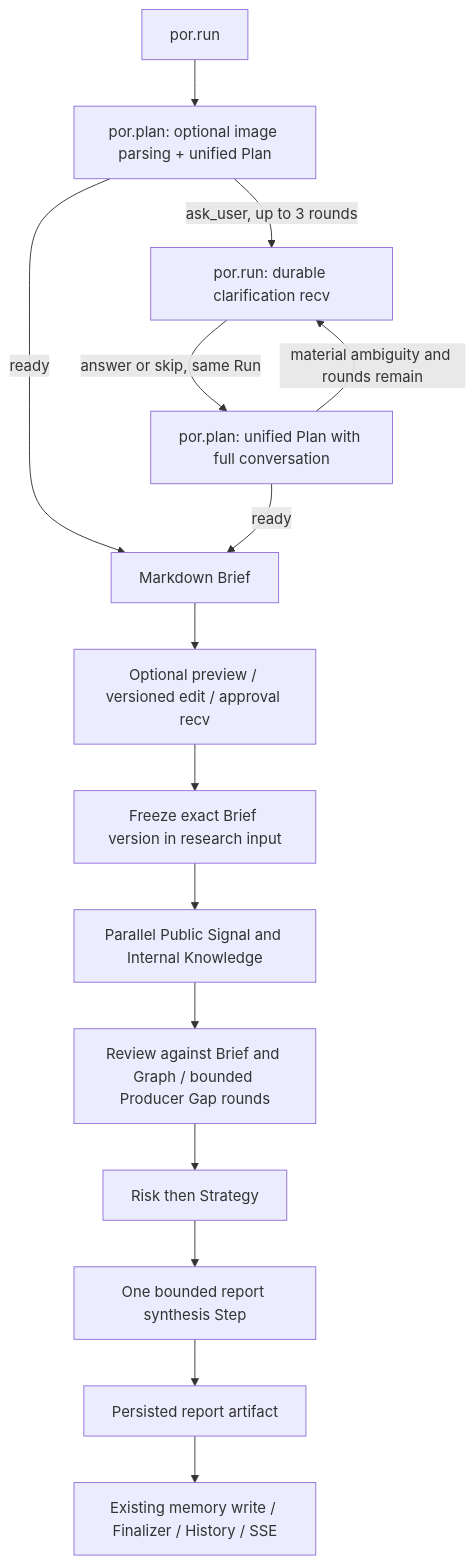
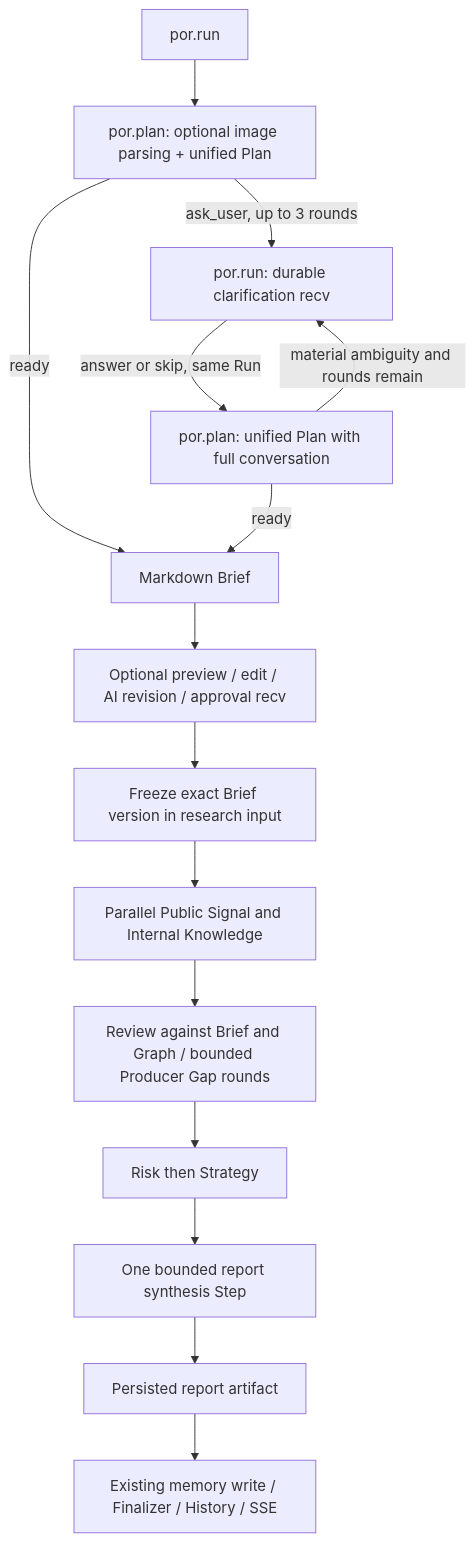
Before and after one commit to kkaaakk/public_opinion_research: the second of 2 diagrams in docs/architecture/research-brief.md, drawn with Mermaid. The commit also changed other lines of this file and 29 other files, not shown here.

Commit message:
feat(brief): add durable AI revision during approval

````diff
--- a/docs/architecture/research-brief.md
+++ b/docs/architecture/research-brief.md
@@ -25,17 +25,17 @@
 ```mermaid
 flowchart TD
   A[por.run] --> B[por.plan: optional image parsing + unified Plan]
   B -->|ask_user, up to 3 rounds| C[por.run: durable clarification recv]
   C -->|answer or skip, same Run| D[por.plan: unified Plan with full conversation]
   D -->|material ambiguity and rounds remain| C
   B -->|ready| E[Markdown Brief]
   D -->|ready| E
-  E --> F[Optional preview / versioned edit / approval recv]
+  E --> F[Optional preview / edit / AI revision / approval recv]
   F --> G[Freeze exact Brief version in research input]
   G --> H[Parallel Public Signal and Internal Knowledge]
   H --> I[Review against Brief and Graph / bounded Producer Gap rounds]
   I --> J[Risk then Strategy]
   J --> K[One bounded report synthesis Step]
   K --> L[Persisted report artifact]
   L --> M[Existing memory write / Finalizer / History / SSE]
 ```
````
